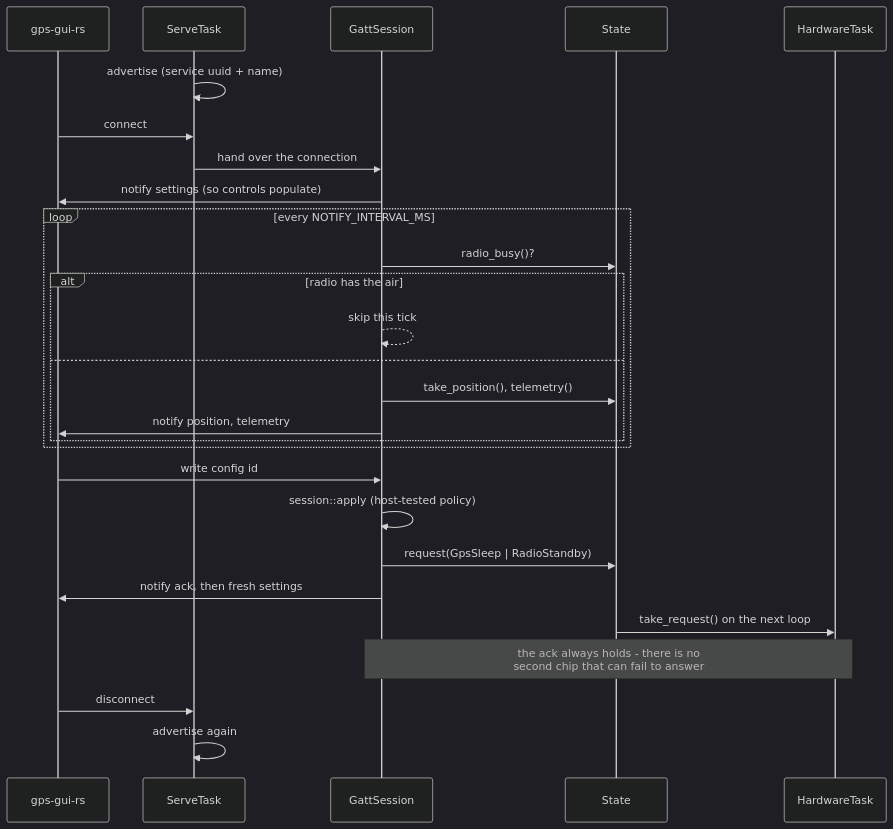
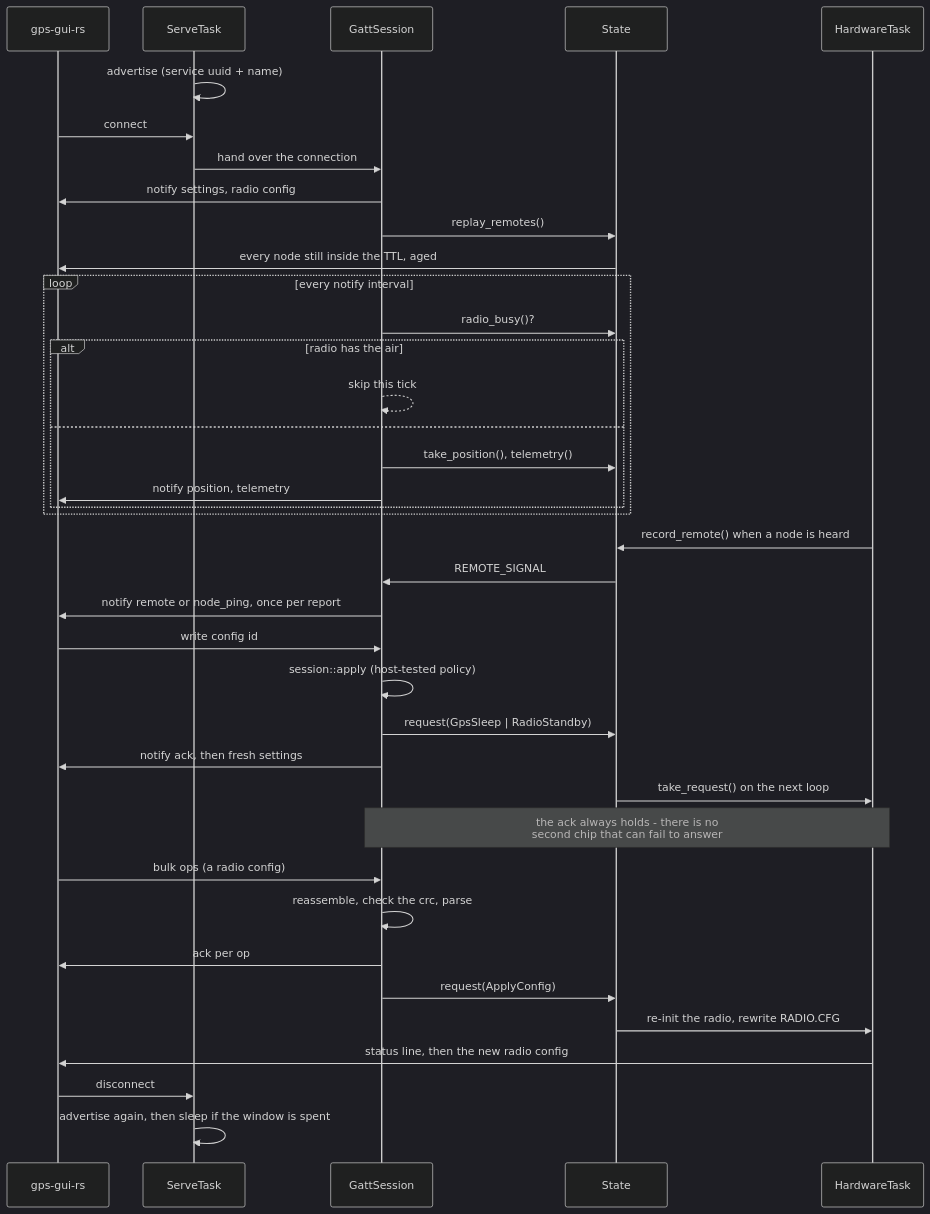
Before and after one commit to Telemety-In-Midair/telemetry-in-midair-rs: the third of 6 diagrams in ARCHITECTURE.md, drawn with Mermaid (dark theme). The commit also changed other lines of this file and 4 other files, not shown here.

````diff
--- a/ARCHITECTURE.md
+++ b/ARCHITECTURE.md
@@ -181,33 +225,46 @@
 ```mermaid
 sequenceDiagram
     participant App as gps-gui-rs
     participant Serve as ServeTask
     participant Gatt as GattSession
     participant St as State
     participant Hw as HardwareTask
 
     Serve->>Serve: advertise (service uuid + name)
     App->>Serve: connect
     Serve->>Gatt: hand over the connection
-    Gatt->>App: notify settings (so controls populate)
+    Gatt->>App: notify settings, radio config
+    Gatt->>St: replay_remotes()
+    St->>App: every node still inside the TTL, aged
 
-    loop every NOTIFY_INTERVAL_MS
+    loop every notify interval
         Gatt->>St: radio_busy()?
         alt radio has the air
             Gatt-->>Gatt: skip this tick
         else
             Gatt->>St: take_position(), telemetry()
             Gatt->>App: notify position, telemetry
         end
     end
 
+    Hw->>St: record_remote() when a node is heard
+    St->>Gatt: REMOTE_SIGNAL
+    Gatt->>App: notify remote or node_ping, once per report
+
     App->>Gatt: write config id
     Gatt->>Gatt: session::apply (host-tested policy)
     Gatt->>St: request(GpsSleep | RadioStandby)
     Gatt->>App: notify ack, then fresh settings
     St->>Hw: take_request() on the next loop
     Note over Gatt,Hw: the ack always holds - there is no<br/>second chip that can fail to answer
 
+    App->>Gatt: bulk ops (a radio config)
+    Gatt->>Gatt: reassemble, check the crc, parse
+    Gatt->>App: ack per op
+    Gatt->>St: request(ApplyConfig)
+    St->>Hw: re-init the radio, rewrite RADIO.CFG
+    Hw->>App: status line, then the new radio config
+
     App->>Serve: disconnect
-    Serve->>Serve: advertise again
+    Serve->>Serve: advertise again, then sleep if the window is spent
 ```
````
